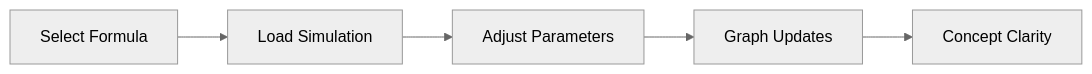
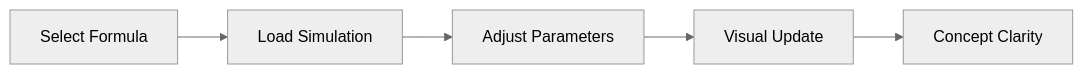
The diagram in README.md (nirmalyamohanty/phyzics), drawn with Mermaid (neutral theme) before and after one commit. The commit also changed other lines of this file, not shown here.

````diff
--- a/README.md
+++ b/README.md
@@ -130,7 +136,7 @@
 ```mermaid
 flowchart LR
 A[Select Formula] --> B[Load Simulation]
 B --> C[Adjust Parameters]
-C --> D[Graph Updates]
+C --> D[Visual Update]
 D --> E[Concept Clarity]
 ```
````
